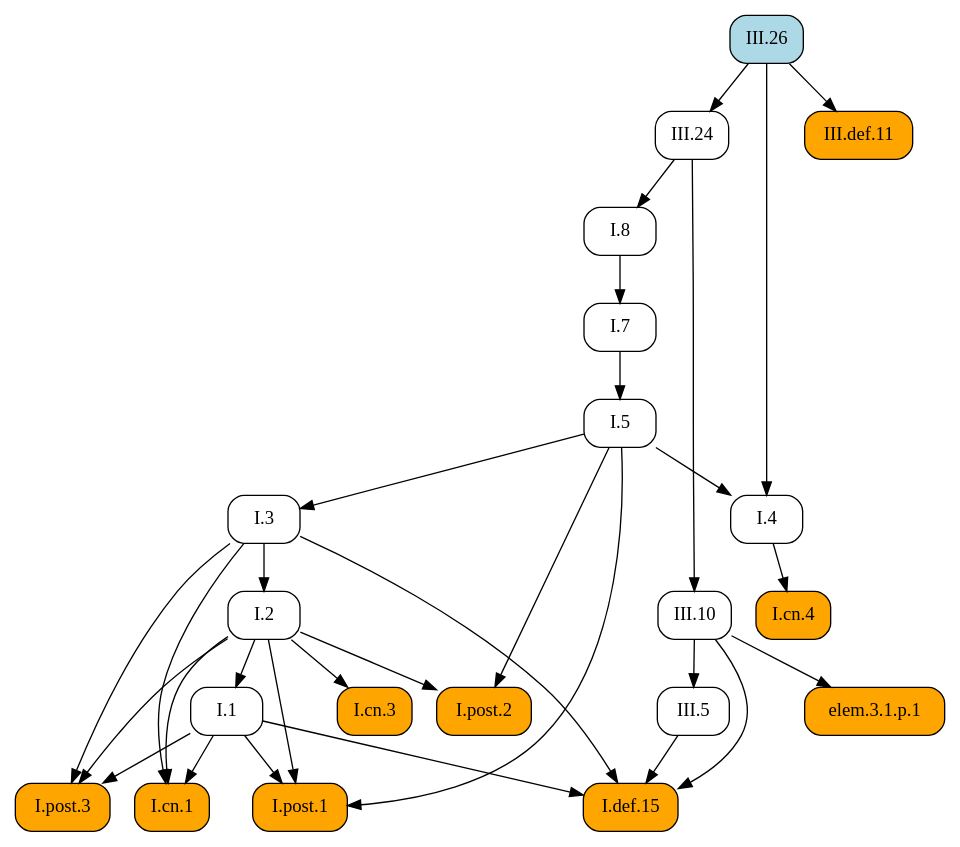
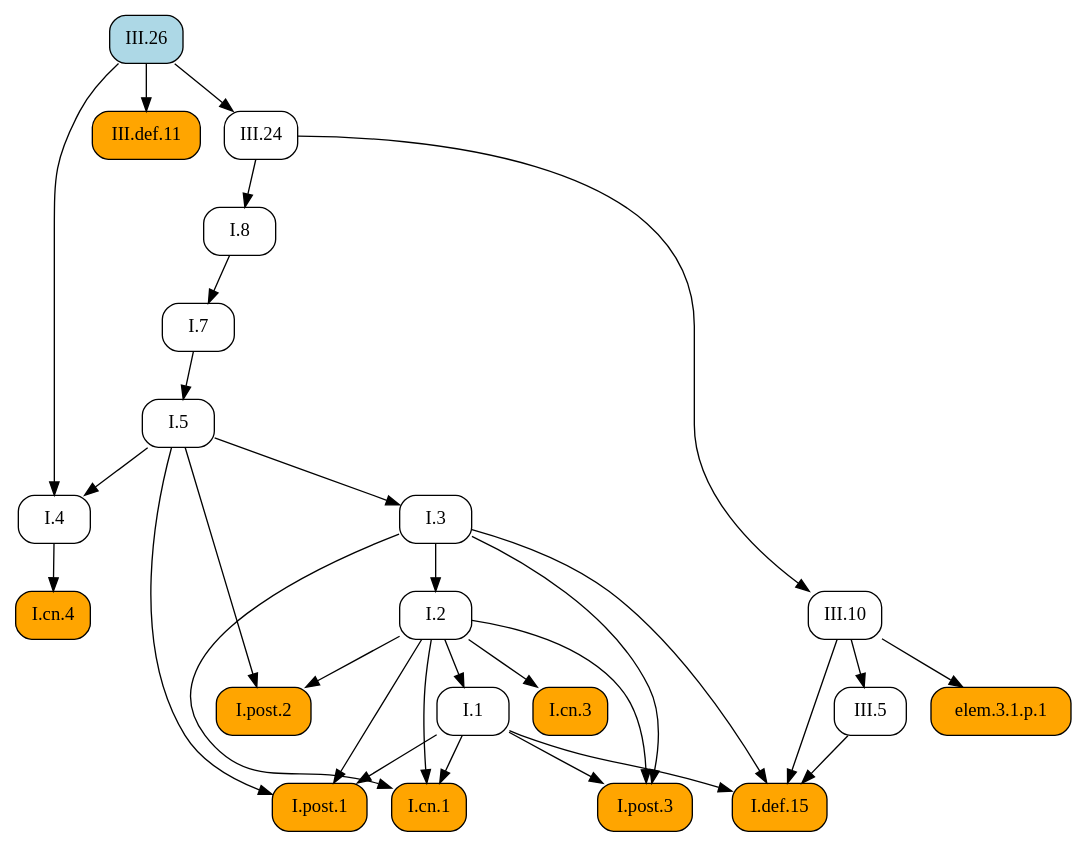
The diagram in docsrc/heath/III/26/index.rst (geometor/elements), drawn with Graphviz before and after one commit. The commit also changed other lines of this file and 1029 other files, not shown here.

```diff
--- a/docsrc/heath/III/26/index.rst
+++ b/docsrc/heath/III/26/index.rst
@@ -65,56 +65,56 @@
 .. graphviz::
 
    digraph {
      rankdir="TB";
      node [shape=box, style=rounded];
-     "I.cn.3" [style="rounded,filled", fillcolor=orange, URL="/heath/I/cn.3/", target="_top"];
-     "I.5" [URL="/heath/I/5/", target="_top"];
-     "III.def.11" [style="rounded,filled", fillcolor=orange, URL="/heath/III/def.11/", target="_top"];
+     "I.1" [URL="/heath/I/1/", target="_top"];
      "I.7" [URL="/heath/I/7/", target="_top"];
-     "I.4" [URL="/heath/I/4/", target="_top"];
      "I.3" [URL="/heath/I/3/", target="_top"];
      "III.26" [style="rounded,filled", fillcolor=lightblue, URL="/heath/III/26/", target="_top"];
+     "I.2" [URL="/heath/I/2/", target="_top"];
+     "I.4" [URL="/heath/I/4/", target="_top"];
+     "elem.3.1.p.1" [style="rounded,filled", fillcolor=orange];
+     "I.post.2" [style="rounded,filled", fillcolor=orange, URL="/heath/I/post.2/", target="_top"];
+     "III.def.11" [style="rounded,filled", fillcolor=orange, URL="/heath/III/def.11/", target="_top"];
+     "I.def.15" [style="rounded,filled", fillcolor=orange, URL="/heath/I/def.15/", target="_top"];
+     "III.10" [URL="/heath/III/10/", target="_top"];
+     "I.post.3" [style="rounded,filled", fillcolor=orange, URL="/heath/I/post.3/", target="_top"];
+     "I.cn.1" [style="rounded,filled", fillcolor=orange, URL="/heath/I/cn.1/", target="_top"];
+     "I.cn.3" [style="rounded,filled", fillcolor=orange, URL="/heath/I/cn.3/", target="_top"];
      "I.8" [URL="/heath/I/8/", target="_top"];
-     "III.10" [URL="/heath/III/10/", target="_top"];
-     "I.post.2" [style="rounded,filled", fillcolor=orange, URL="/heath/I/post.2/", target="_top"];
-     "I.2" [URL="/heath/I/2/", target="_top"];
-     "I.def.15" [style="rounded,filled", fillcolor=orange, URL="/heath/I/def.15/", target="_top"];
-     "I.1" [URL="/heath/I/1/", target="_top"];
+     "I.cn.4" [style="rounded,filled", fillcolor=orange, URL="/heath/I/cn.4/", target="_top"];
+     "I.post.1" [style="rounded,filled", fillcolor=orange, URL="/heath/I/post.1/", target="_top"];
      "III.24" [URL="/heath/III/24/", target="_top"];
-     "I.post.3" [style="rounded,filled", fillcolor=orange, URL="/heath/I/post.3/", target="_top"];
-     "I.post.1" [style="rounded,filled", fillcolor=orange, URL="/heath/I/post.1/", target="_top"];
-     "I.cn.4" [style="rounded,filled", fillcolor=orange, URL="/heath/I/cn.4/", target="_top"];
-     "elem.3.1.p.1" [style="rounded,filled", fillcolor=orange];
-     "I.cn.1" [style="rounded,filled", fillcolor=orange, URL="/heath/I/cn.1/", target="_top"];
+     "I.5" [URL="/heath/I/5/", target="_top"];
      "III.5" [URL="/heath/III/5/", target="_top"];
-     "I.2" -> "I.cn.3";
-     "I.7" -> "I.5";
-     "III.26" -> "III.def.11";
+     "I.2" -> "I.1";
      "I.8" -> "I.7";
+     "I.5" -> "I.3";
+     "I.3" -> "I.2";
      "I.5" -> "I.4";
      "III.26" -> "I.4";
-     "I.5" -> "I.3";
-     "III.24" -> "I.8";
-     "III.24" -> "III.10";
+     "III.10" -> "elem.3.1.p.1";
      "I.2" -> "I.post.2";
      "I.5" -> "I.post.2";
-     "I.3" -> "I.2";
+     "III.26" -> "III.def.11";
      "I.1" -> "I.def.15";
      "I.3" -> "I.def.15";
      "III.5" -> "I.def.15";
      "III.10" -> "I.def.15";
-     "I.2" -> "I.1";
-     "III.26" -> "III.24";
+     "III.24" -> "III.10";
      "I.1" -> "I.post.3";
      "I.2" -> "I.post.3";
      "I.3" -> "I.post.3";
+     "I.1" -> "I.cn.1";
+     "I.2" -> "I.cn.1";
+     "I.3" -> "I.cn.1";
+     "I.2" -> "I.cn.3";
+     "III.24" -> "I.8";
+     "I.4" -> "I.cn.4";
      "I.1" -> "I.post.1";
      "I.2" -> "I.post.1";
      "I.5" -> "I.post.1";
-     "I.4" -> "I.cn.4";
-     "III.10" -> "elem.3.1.p.1";
-     "I.1" -> "I.cn.1";
-     "I.2" -> "I.cn.1";
-     "I.3" -> "I.cn.1";
+     "III.26" -> "III.24";
+     "I.7" -> "I.5";
      "III.10" -> "III.5";
    }
```
